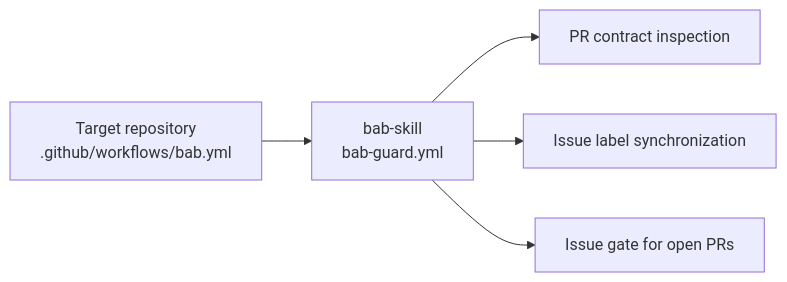
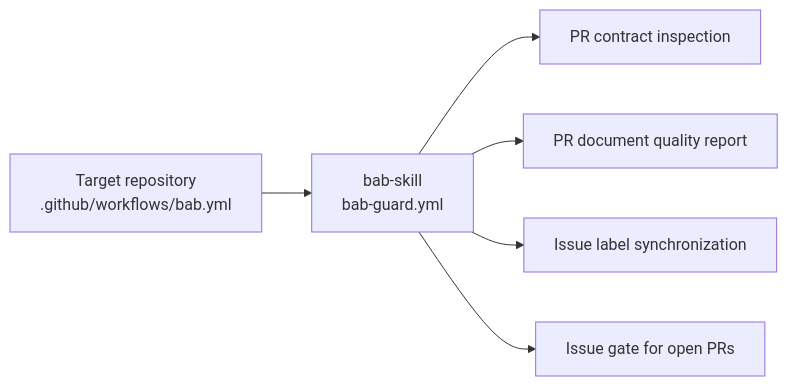
Before and after one commit to freevue/bab-skill: the first of 3 diagrams in docs/guide.md, drawn with Mermaid. The commit also changed other lines of this file and 29 other files, not shown here.

````diff
--- a/docs/guide.md
+++ b/docs/guide.md
@@ -767,7 +766,8 @@
 ```mermaid
 flowchart LR
   A[Target repository<br/>.github/workflows/bab.yml] --> B[bab-skill<br/>bab-guard.yml]
   B --> C[PR contract inspection]
+  B --> F[PR document quality report]
   B --> D[Issue label synchronization]
   B --> E[Issue gate for open PRs]
 ```
````
